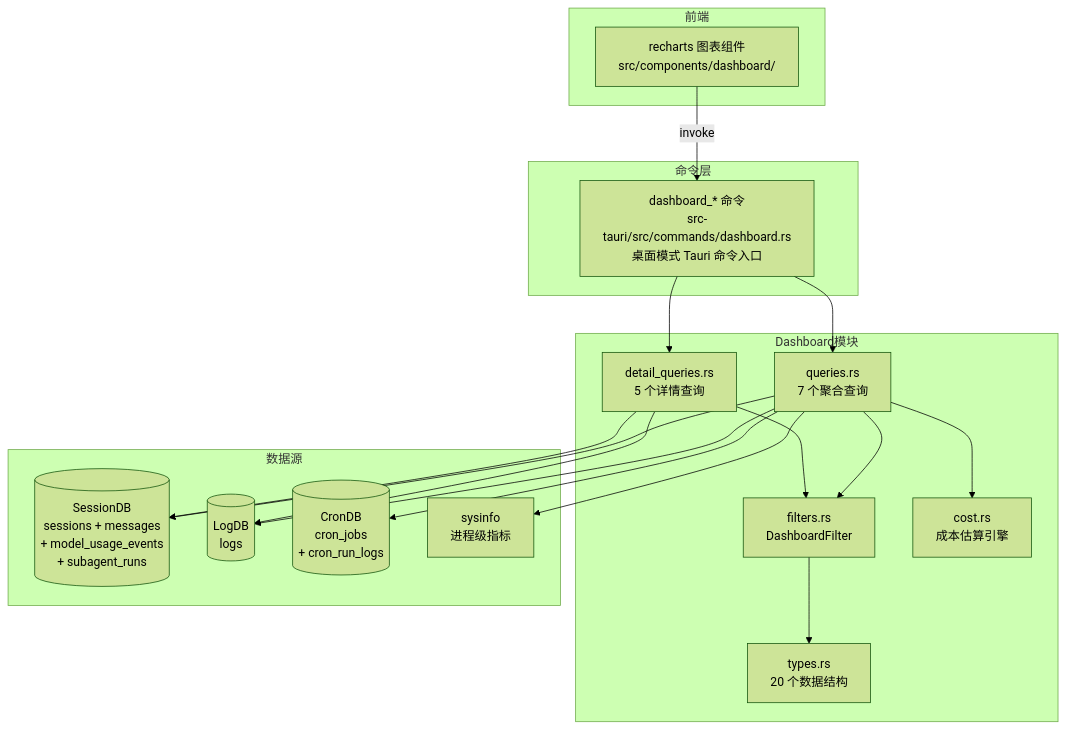
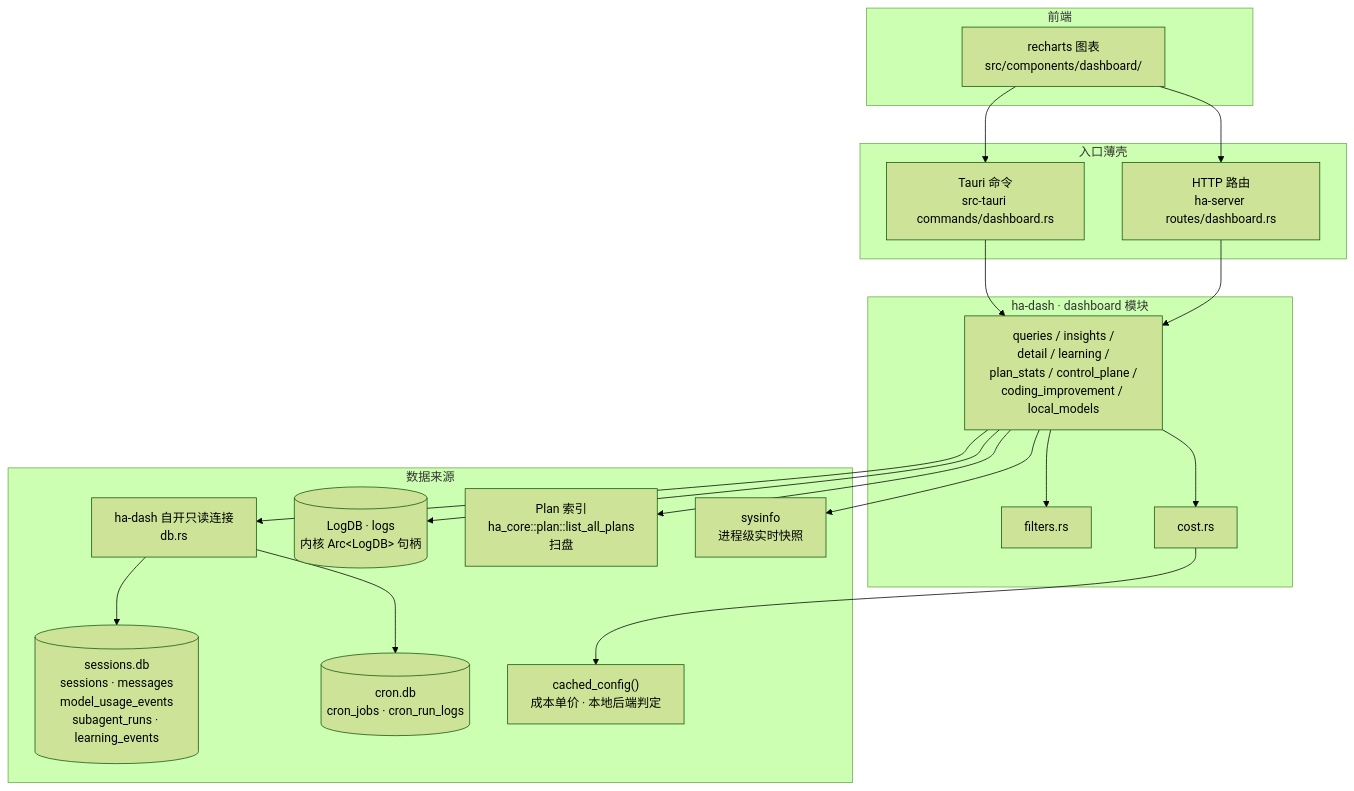
The first of 3 diagrams in docs/architecture/dashboard.md (shiwenwen/hope-agent), drawn with Mermaid (forest theme) before and after one commit. The commit also changed other lines of this file and 11 other files, not shown here.

First line of the commit message:
🦭docs: 第五批 12 篇按新标准重做（domain-quality/domain-eval/dashboard/slash-commands/coding-improvement-loop/coding-eval/reliability/cron/mcp/acp/project/pet）

````diff
--- a/docs/architecture/dashboard.md
+++ b/docs/architecture/dashboard.md
@@ -34,39 +41,41 @@
 ```mermaid
 graph TB
-    subgraph 前端
-        RC[recharts 图表组件<br/>src/components/dashboard/]
+    subgraph FE[前端]
+        RC["recharts 图表<br/>src/components/dashboard/"]
     end
 
-    subgraph 命令层
-        CMD[dashboard_* 命令<br/>src-tauri/src/commands/dashboard.rs<br/>桌面模式 Tauri 命令入口]
+    subgraph SHELL[入口薄壳]
+        TAURI["Tauri 命令<br/>src-tauri commands/dashboard.rs"]
+        HTTP["HTTP 路由<br/>ha-server routes/dashboard.rs"]
     end
 
-    subgraph Dashboard模块
-        F[filters.rs<br/>DashboardFilter]
-        Q[queries.rs<br/>7 个聚合查询]
-        DQ[detail_queries.rs<br/>5 个详情查询]
-        C[cost.rs<br/>成本估算引擎]
-        T[types.rs<br/>20 个数据结构]
+    subgraph DASH[ha-dash · dashboard 模块]
+        FILT[filters.rs]
+        QRY["queries / insights /<br/>detail / learning /<br/>plan_stats / control_plane /<br/>coding_improvement / local_models"]
+        COST[cost.rs]
     end
 
-    subgraph 数据源
-        SDB[(SessionDB<br/>sessions + messages<br/>+ model_usage_events<br/>+ subagent_runs)]
-        LDB[(LogDB<br/>logs)]
-        CDB[(CronDB<br/>cron_jobs<br/>+ cron_run_logs)]
-        SYS[sysinfo<br/>进程级指标]
+    subgraph SRC[数据来源]
+        RO["ha-dash 自开只读连接<br/>db.rs"]
+        SDB[("sessions.db<br/>sessions · messages<br/>model_usage_events<br/>subagent_runs · learning_events")]
+        CDB[("cron.db<br/>cron_jobs · cron_run_logs")]
+        LDB[("LogDB · logs<br/>内核 Arc&lt;LogDB&gt; 句柄")]
+        PLAN["Plan 索引<br/>ha_core::plan::list_all_plans<br/>扫盘"]
+        SYS["sysinfo<br/>进程级实时快照"]
+        CFG["cached_config()<br/>成本单价 · 本地后端判定"]
     end
 
-    RC -->|invoke| CMD
-    CMD --> Q
-    CMD --> DQ
-    Q --> F
-    DQ --> F
-    Q --> C
-    Q --> SDB
-    Q --> LDB
-    Q --> CDB
-    Q --> SYS
-    DQ --> SDB
-    DQ --> LDB
-    F --> T
+    RC --> TAURI
+    RC --> HTTP
+    TAURI --> QRY
+    HTTP --> QRY
+    QRY --> FILT
+    QRY --> COST
+    COST --> CFG
+    QRY --> RO
+    RO --> SDB
+    RO --> CDB
+    QRY --> LDB
+    QRY --> PLAN
+    QRY --> SYS
 ```
````
